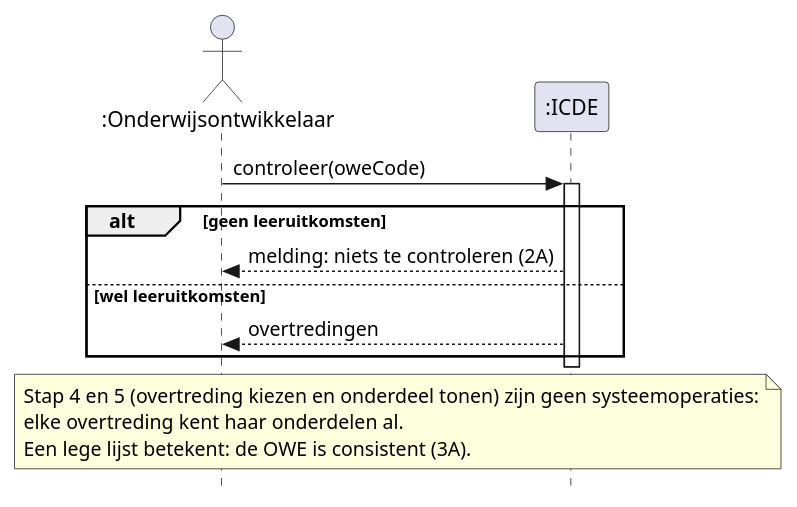
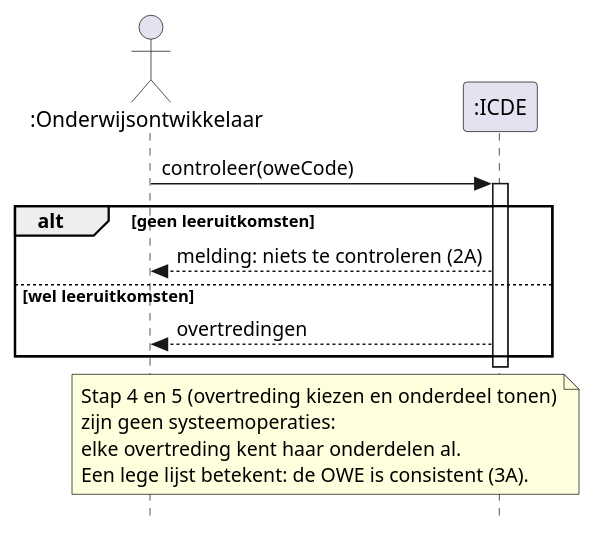
Before and after one commit to HAN-Craftsmanship-KL-JJG/casus: the diagram in docs/diagrams/ssd-uc05-controleren-consistentie.puml, drawn with PlantUML. The commit also changed 16 other files, not shown here.

First line of the commit message:
docs: wrap long messages in sequence diagrams

```diff
--- a/docs/diagrams/ssd-uc05-controleren-consistentie.puml
+++ b/docs/diagrams/ssd-uc05-controleren-consistentie.puml
@@ -1,25 +1,26 @@
 @startuml ssd-uc05-controleren-consistentie
 ' System sequence diagram van UC05 Controleren consistentie OWE.
 ' Toelichting: docs/sequencediagrammen.md
 skinparam style strictuml
 skinparam shadowing false
 skinparam defaultFontName Helvetica
 hide footbox
 
 actor ":Onderwijsontwikkelaar" as ontwikkelaar
 participant ":ICDE" as icde
 
 ontwikkelaar -> icde : controleer(oweCode)
 activate icde
 alt geen leeruitkomsten
   icde --> ontwikkelaar : melding: niets te controleren (2A)
 else wel leeruitkomsten
   icde --> ontwikkelaar : overtredingen
 end
 deactivate icde
 note over ontwikkelaar, icde
-  Stap 4 en 5 (overtreding kiezen en onderdeel tonen) zijn geen systeemoperaties:
+  Stap 4 en 5 (overtreding kiezen en onderdeel tonen)
+  zijn geen systeemoperaties:
   elke overtreding kent haar onderdelen al.
   Een lege lijst betekent: de OWE is consistent (3A).
 end note
 @enduml
```
